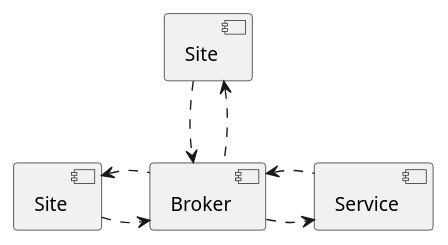
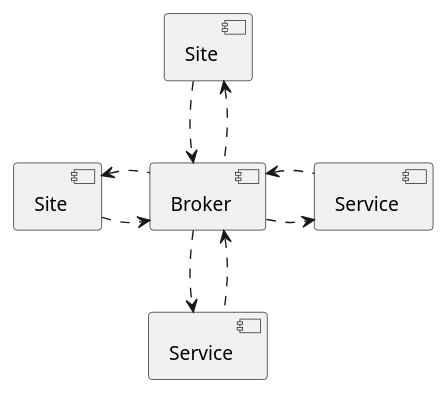
One commit to jfroche/collective.zamqp changed the diagram in src/collective/zamqp/index.rst. Above: the diagram before and after it, drawn with PlantUML. The commit also changed other lines of this file and 2 other files, not shown here.

```diff
--- a/src/collective/zamqp/index.rst
+++ b/src/collective/zamqp/index.rst
@@ -6,15 +6,21 @@
 .. uml::
+
+   skinparam monochrome true
 
    [Site] as Site1
    [Site] as Site2
    [Service] as Service1
+   [Service] as Service2
    [Broker] as Broker
 
    Site1 .right.> Broker
    Broker .left.> Site1
 
    Site2 .down.> Broker
    Broker .up.> Site2
 
    Broker .right.> Service1
    Service1 .left.> Broker
+
+   Broker .down.> Service2
+   Service2 .up.> Broker
```
